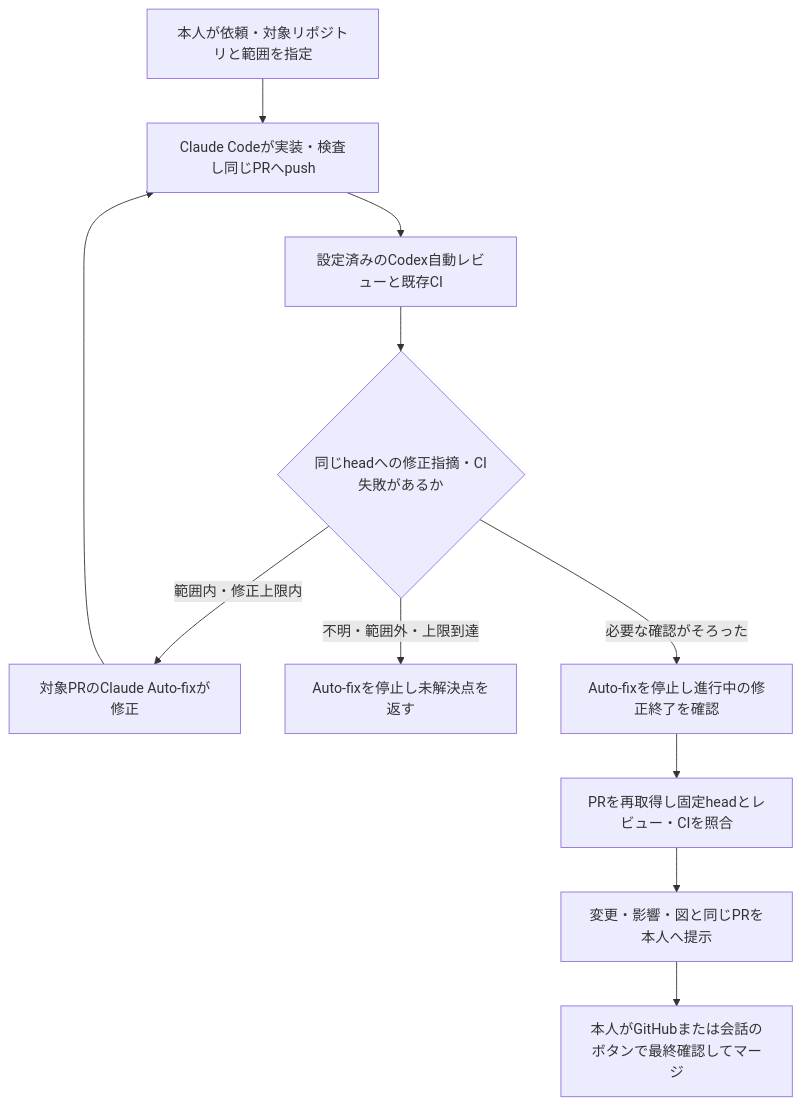
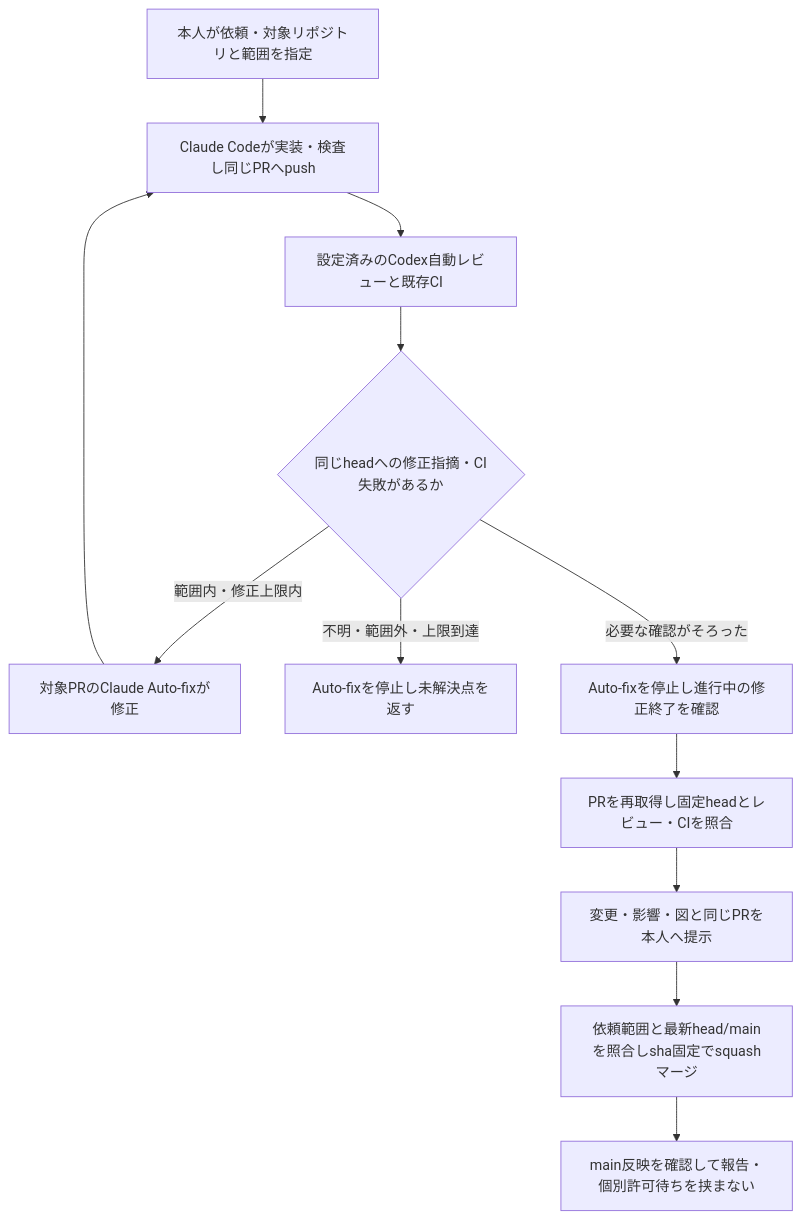
Before and after one commit to takechanman12250711-oss/chappy-boatrace-ai: the diagram in docs/claude-codex-auto-handoff.md, drawn with Mermaid. The commit also changed other lines of this file and 16 other files, not shown here.

````diff
--- a/docs/claude-codex-auto-handoff.md
+++ b/docs/claude-codex-auto-handoff.md
@@ -9,13 +9,14 @@
 ```mermaid
 flowchart TD
     A["本人が依頼・対象リポジトリと範囲を指定"] --> B["Claude Codeが実装・検査し同じPRへpush"]
     B --> C["設定済みのCodex自動レビューと既存CI"]
     C --> D{"同じheadへの修正指摘・CI失敗があるか"}
     D -->|範囲内・修正上限内| E["対象PRのClaude Auto-fixが修正"]
     E --> B
     D -->|不明・範囲外・上限到達| F["Auto-fixを停止し未解決点を返す"]
     D -->|必要な確認がそろった| G["Auto-fixを停止し進行中の修正終了を確認"]
     G --> H["PRを再取得し固定headとレビュー・CIを照合"]
     H --> I["変更・影響・図と同じPRを本人へ提示"]
-    I --> J["本人がGitHubまたは会話のボタンで最終確認してマージ"]
+    I --> J["依頼範囲と最新head/mainを照合しsha固定でsquashマージ"]
+    J --> K["main反映を確認して報告・個別許可待ちを挟まない"]
 ```
````
